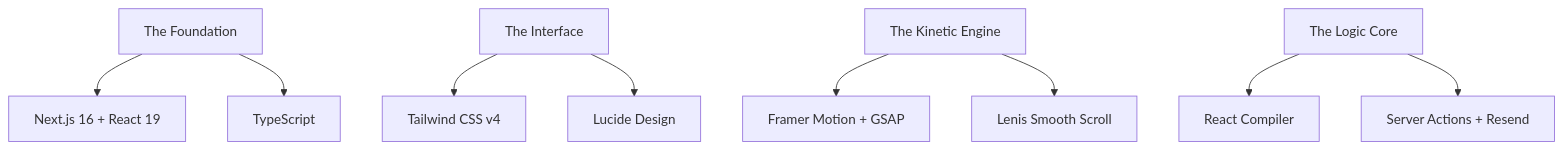
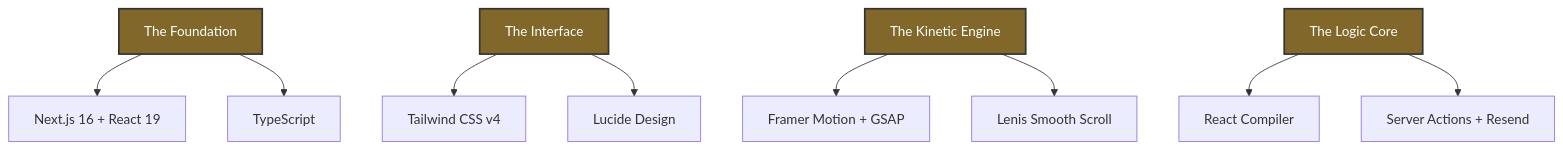
Before and after one commit to SaiDheeraj-19/RMJ-IT-SOLUTIONS: the diagram in README.md, drawn with Mermaid. The commit also changed other lines of this file, not shown here.

````diff
--- a/README.md
+++ b/README.md
@@ -30,11 +20,15 @@
 ```mermaid
 graph TD
     A[The Foundation] --> B[Next.js 16 + React 19]
     A --> C[TypeScript]
     D[The Interface] --> E[Tailwind CSS v4]
     D --> F[Lucide Design]
     G[The Kinetic Engine] --> H[Framer Motion + GSAP]
     G --> I[Lenis Smooth Scroll]
     J[The Logic Core] --> K[React Compiler]
     J --> L[Server Actions + Resend]
+    style A fill:#816729,stroke:#333,stroke-width:2px,color:#fff
+    style D fill:#816729,stroke:#333,stroke-width:2px,color:#fff
+    style G fill:#816729,stroke:#333,stroke-width:2px,color:#fff
+    style J fill:#816729,stroke:#333,stroke-width:2px,color:#fff
 ```
````
